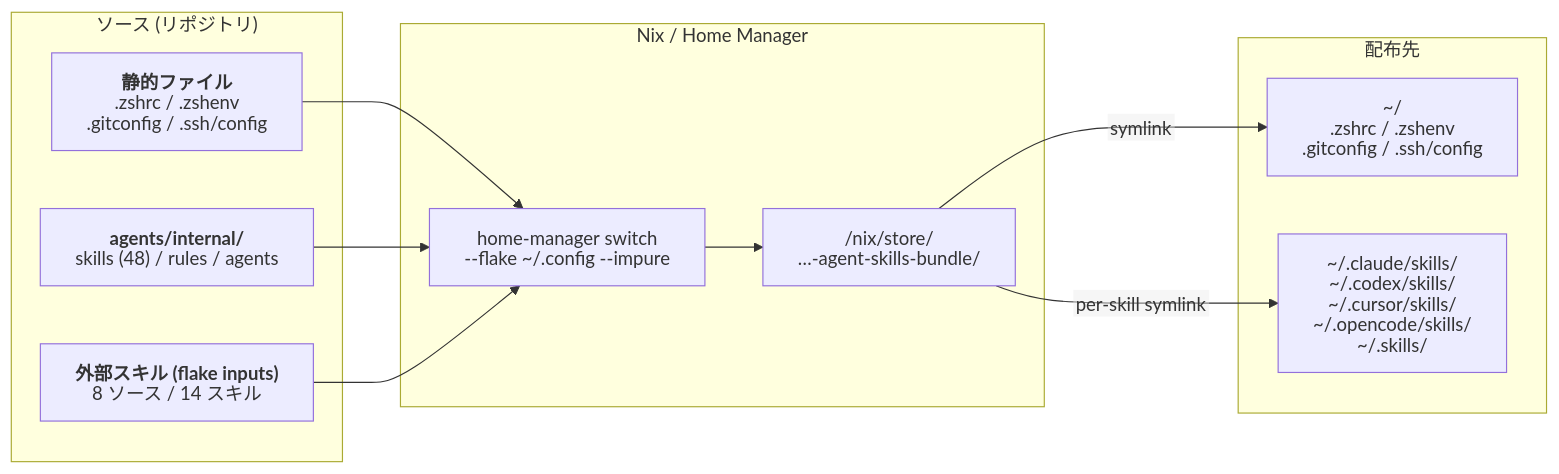
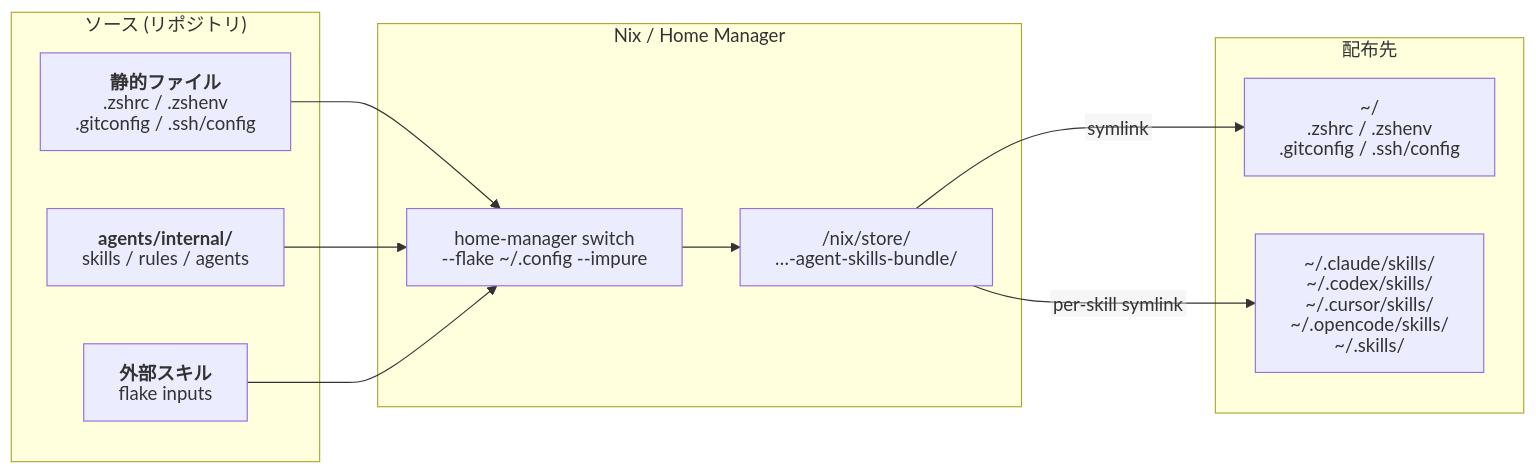
One commit to jey3dayo/dotfiles changed the diagram in docs/tools/nix.md. Above: the diagram before and after it, drawn with Mermaid.

Commit message:
fix(nix): remove hardcoded counts from Mermaid diagram
Remove specific numbers (48 skills, 8 sources, 14 skills) to avoid
maintenance burden when counts change.

````diff
--- a/docs/tools/nix.md
+++ b/docs/tools/nix.md
@@ -15,41 +15,41 @@
 ```mermaid
 ---
 config:
   htmlLabels: false
 ---
 graph LR
     subgraph IN["ソース (リポジトリ)"]
         DOT["`**静的ファイル**
 .zshrc / .zshenv
 .gitconfig / .ssh/config`"]
         INT["`**agents/internal/**
-skills (48) / rules / agents`"]
-        EXT["`**外部スキル (flake inputs)**
-8 ソース / 14 スキル`"]
+skills / rules / agents`"]
+        EXT["`**外部スキル**
+flake inputs`"]
     end
 
     subgraph NIX["Nix / Home Manager"]
         HM["`home-manager switch
 --flake ~/.config --impure`"]
         BUNDLE["`/nix/store/
 …-agent-skills-bundle/`"]
         HM --> BUNDLE
     end
 
     subgraph OUT["配布先"]
         HOME["`~/
 .zshrc / .zshenv
 .gitconfig / .ssh/config`"]
         SKILLS["`~/.claude/skills/
 ~/.codex/skills/
 ~/.cursor/skills/
 ~/.opencode/skills/
 ~/.skills/`"]
     end
 
     DOT --> HM
     INT --> HM
     EXT --> HM
     BUNDLE -->|symlink| HOME
     BUNDLE -->|per-skill symlink| SKILLS
 ```
````
